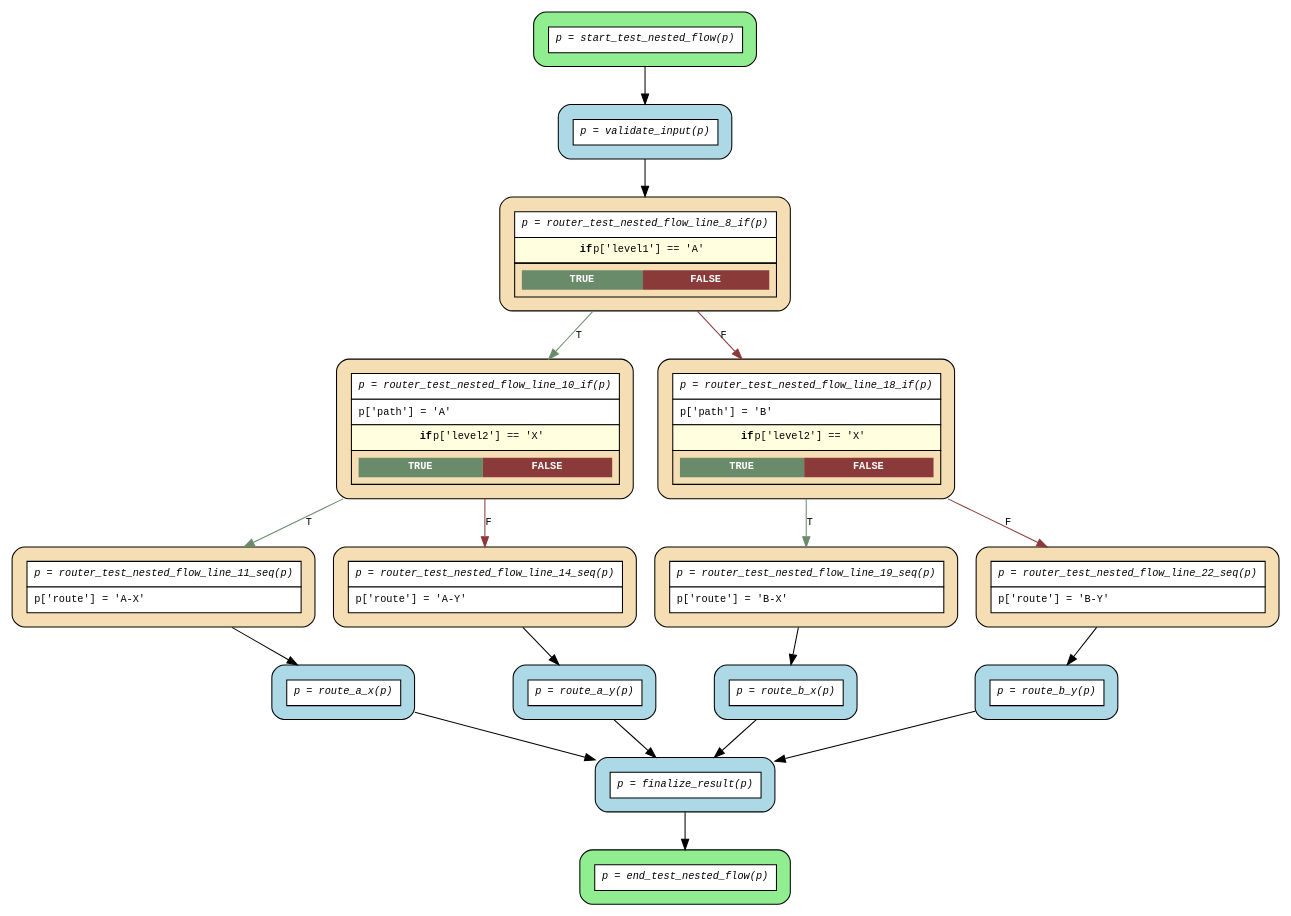
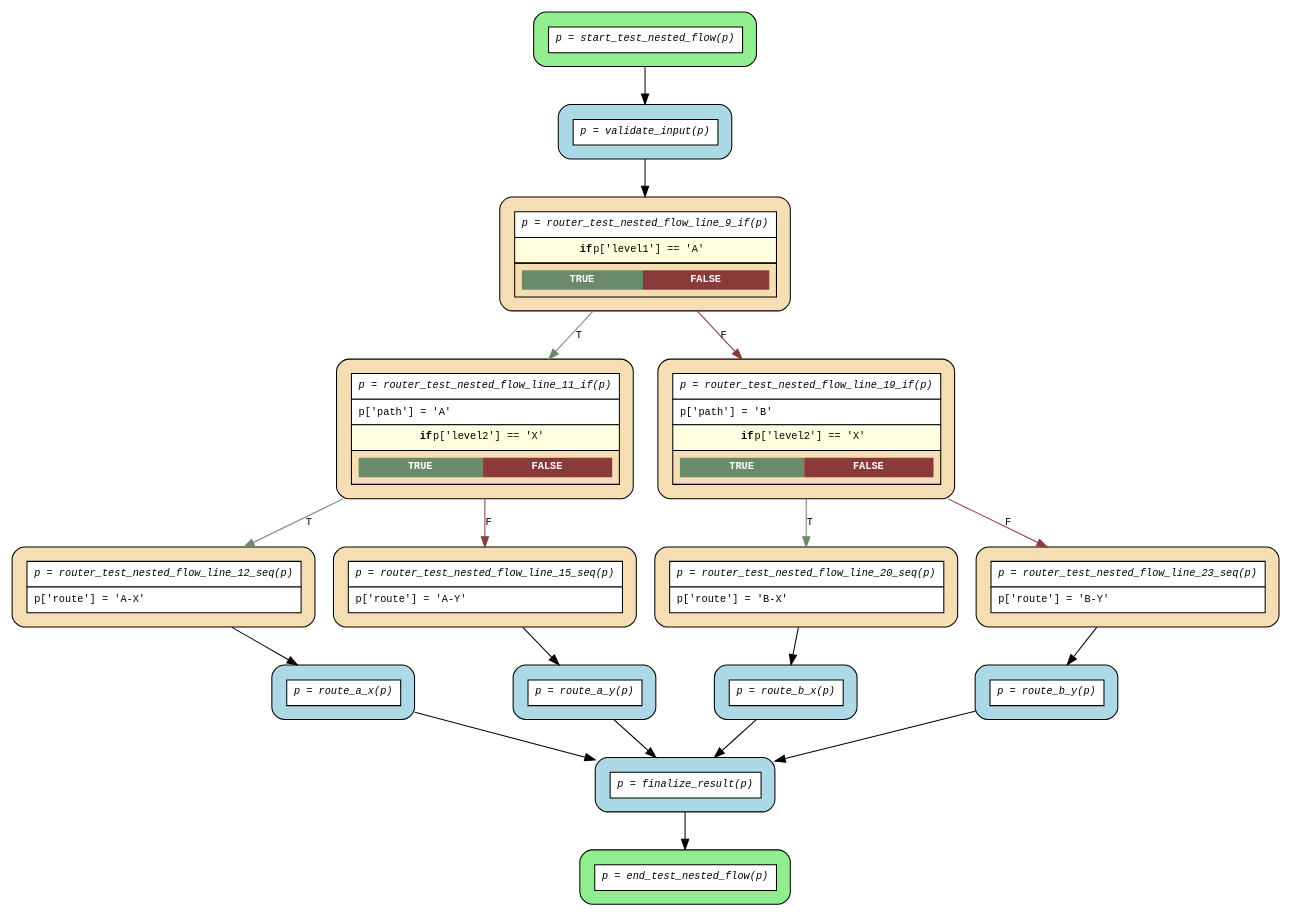
One commit to deliveryhero/asya changed the diagram in src/asya-testing/asya_testing/flows/nested_if/compiled/flow.dot. Above: the diagram before and after it, drawn with Graphviz. The commit also changed 3 other files, not shown here.

Commit message:
fix(e2e): regenerate flow diagrams (dot + svg) after no-op decorator +1 line shift

```diff
--- a/src/asya-testing/asya_testing/flows/nested_if/compiled/flow.dot
+++ b/src/asya-testing/asya_testing/flows/nested_if/compiled/flow.dot
@@ -1,40 +1,40 @@
 digraph flow {
   rankdir=TB;
   graph [fontname="Courier", fontsize=10];
   node [fontname="Courier", fontsize=10, shape=box, style="filled,rounded", margin="0.2"];
   edge [fontname="Courier", fontsize=10];
 
   start_test_nested_flow [fillcolor="lightgreen", group="main", label=<<table border="0" cellspacing="0" cellpadding="6" cellborder="1"><tr><td bgcolor="white" align="center"><i>p = start_test_nested_flow(p)</i></td></tr></table>>];
-  router_test_nested_flow_line_11_seq [fillcolor="wheat", group="main", label=<<table border="0" cellspacing="0" cellpadding="6" cellborder="1"><tr><td bgcolor="white" align="center"><i>p = router_test_nested_flow_line_11_seq(p)</i></td></tr><tr><td bgcolor="white" align="left">p['route'] = 'A-X'</td></tr></table>>];
-  router_test_nested_flow_line_14_seq [fillcolor="wheat", group="main", label=<<table border="0" cellspacing="0" cellpadding="6" cellborder="1"><tr><td bgcolor="white" align="center"><i>p = router_test_nested_flow_line_14_seq(p)</i></td></tr><tr><td bgcolor="white" align="left">p['route'] = 'A-Y'</td></tr></table>>];
-  router_test_nested_flow_line_10_if [fillcolor="wheat", group="main", label=<<table border="0" cellspacing="0" cellpadding="6" cellborder="1"><tr><td bgcolor="white" align="center"><i>p = router_test_nested_flow_line_10_if(p)</i></td></tr><tr><td bgcolor="white" align="left">p['path'] = 'A'</td></tr><tr><td bgcolor="lightyellow"><b>if</b> p['level2'] == 'X'</td></tr><tr><td><table border="0" cellspacing="0" cellpadding="4"><tr><td bgcolor="darkseagreen4"><font color="white"><b>TRUE</b></font></td><td bgcolor="indianred4"><font color="white"><b>FALSE</b></font></td></tr></table></td></tr></table>>];
-  router_test_nested_flow_line_19_seq [fillcolor="wheat", group="main", label=<<table border="0" cellspacing="0" cellpadding="6" cellborder="1"><tr><td bgcolor="white" align="center"><i>p = router_test_nested_flow_line_19_seq(p)</i></td></tr><tr><td bgcolor="white" align="left">p['route'] = 'B-X'</td></tr></table>>];
-  router_test_nested_flow_line_22_seq [fillcolor="wheat", group="main", label=<<table border="0" cellspacing="0" cellpadding="6" cellborder="1"><tr><td bgcolor="white" align="center"><i>p = router_test_nested_flow_line_22_seq(p)</i></td></tr><tr><td bgcolor="white" align="left">p['route'] = 'B-Y'</td></tr></table>>];
-  router_test_nested_flow_line_18_if [fillcolor="wheat", group="main", label=<<table border="0" cellspacing="0" cellpadding="6" cellborder="1"><tr><td bgcolor="white" align="center"><i>p = router_test_nested_flow_line_18_if(p)</i></td></tr><tr><td bgcolor="white" align="left">p['path'] = 'B'</td></tr><tr><td bgcolor="lightyellow"><b>if</b> p['level2'] == 'X'</td></tr><tr><td><table border="0" cellspacing="0" cellpadding="4"><tr><td bgcolor="darkseagreen4"><font color="white"><b>TRUE</b></font></td><td bgcolor="indianred4"><font color="white"><b>FALSE</b></font></td></tr></table></td></tr></table>>];
-  router_test_nested_flow_line_8_if [fillcolor="wheat", group="main", label=<<table border="0" cellspacing="0" cellpadding="6" cellborder="1"><tr><td bgcolor="white" align="center"><i>p = router_test_nested_flow_line_8_if(p)</i></td></tr><tr><td bgcolor="lightyellow"><b>if</b> p['level1'] == 'A'</td></tr><tr><td><table border="0" cellspacing="0" cellpadding="4"><tr><td bgcolor="darkseagreen4"><font color="white"><b>TRUE</b></font></td><td bgcolor="indianred4"><font color="white"><b>FALSE</b></font></td></tr></table></td></tr></table>>];
+  router_test_nested_flow_line_12_seq [fillcolor="wheat", group="main", label=<<table border="0" cellspacing="0" cellpadding="6" cellborder="1"><tr><td bgcolor="white" align="center"><i>p = router_test_nested_flow_line_12_seq(p)</i></td></tr><tr><td bgcolor="white" align="left">p['route'] = 'A-X'</td></tr></table>>];
+  router_test_nested_flow_line_15_seq [fillcolor="wheat", group="main", label=<<table border="0" cellspacing="0" cellpadding="6" cellborder="1"><tr><td bgcolor="white" align="center"><i>p = router_test_nested_flow_line_15_seq(p)</i></td></tr><tr><td bgcolor="white" align="left">p['route'] = 'A-Y'</td></tr></table>>];
+  router_test_nested_flow_line_11_if [fillcolor="wheat", group="main", label=<<table border="0" cellspacing="0" cellpadding="6" cellborder="1"><tr><td bgcolor="white" align="center"><i>p = router_test_nested_flow_line_11_if(p)</i></td></tr><tr><td bgcolor="white" align="left">p['path'] = 'A'</td></tr><tr><td bgcolor="lightyellow"><b>if</b> p['level2'] == 'X'</td></tr><tr><td><table border="0" cellspacing="0" cellpadding="4"><tr><td bgcolor="darkseagreen4"><font color="white"><b>TRUE</b></font></td><td bgcolor="indianred4"><font color="white"><b>FALSE</b></font></td></tr></table></td></tr></table>>];
+  router_test_nested_flow_line_20_seq [fillcolor="wheat", group="main", label=<<table border="0" cellspacing="0" cellpadding="6" cellborder="1"><tr><td bgcolor="white" align="center"><i>p = router_test_nested_flow_line_20_seq(p)</i></td></tr><tr><td bgcolor="white" align="left">p['route'] = 'B-X'</td></tr></table>>];
+  router_test_nested_flow_line_23_seq [fillcolor="wheat", group="main", label=<<table border="0" cellspacing="0" cellpadding="6" cellborder="1"><tr><td bgcolor="white" align="center"><i>p = router_test_nested_flow_line_23_seq(p)</i></td></tr><tr><td bgcolor="white" align="left">p['route'] = 'B-Y'</td></tr></table>>];
+  router_test_nested_flow_line_19_if [fillcolor="wheat", group="main", label=<<table border="0" cellspacing="0" cellpadding="6" cellborder="1"><tr><td bgcolor="white" align="center"><i>p = router_test_nested_flow_line_19_if(p)</i></td></tr><tr><td bgcolor="white" align="left">p['path'] = 'B'</td></tr><tr><td bgcolor="lightyellow"><b>if</b> p['level2'] == 'X'</td></tr><tr><td><table border="0" cellspacing="0" cellpadding="4"><tr><td bgcolor="darkseagreen4"><font color="white"><b>TRUE</b></font></td><td bgcolor="indianred4"><font color="white"><b>FALSE</b></font></td></tr></table></td></tr></table>>];
+  router_test_nested_flow_line_9_if [fillcolor="wheat", group="main", label=<<table border="0" cellspacing="0" cellpadding="6" cellborder="1"><tr><td bgcolor="white" align="center"><i>p = router_test_nested_flow_line_9_if(p)</i></td></tr><tr><td bgcolor="lightyellow"><b>if</b> p['level1'] == 'A'</td></tr><tr><td><table border="0" cellspacing="0" cellpadding="4"><tr><td bgcolor="darkseagreen4"><font color="white"><b>TRUE</b></font></td><td bgcolor="indianred4"><font color="white"><b>FALSE</b></font></td></tr></table></td></tr></table>>];
   end_test_nested_flow [fillcolor="lightgreen", group="main", label=<<table border="0" cellspacing="0" cellpadding="6" cellborder="1"><tr><td bgcolor="white" align="center"><i>p = end_test_nested_flow(p)</i></td></tr></table>>];
   finalize_result [fillcolor="lightblue", label=<<table border="0" cellspacing="0" cellpadding="6" cellborder="1"><tr><td bgcolor="white" align="center"><i>p = finalize_result(p)</i></td></tr></table>>];
   route_a_x [fillcolor="lightblue", label=<<table border="0" cellspacing="0" cellpadding="6" cellborder="1"><tr><td bgcolor="white" align="center"><i>p = route_a_x(p)</i></td></tr></table>>];
   route_a_y [fillcolor="lightblue", label=<<table border="0" cellspacing="0" cellpadding="6" cellborder="1"><tr><td bgcolor="white" align="center"><i>p = route_a_y(p)</i></td></tr></table>>];
   route_b_x [fillcolor="lightblue", label=<<table border="0" cellspacing="0" cellpadding="6" cellborder="1"><tr><td bgcolor="white" align="center"><i>p = route_b_x(p)</i></td></tr></table>>];
   route_b_y [fillcolor="lightblue", label=<<table border="0" cellspacing="0" cellpadding="6" cellborder="1"><tr><td bgcolor="white" align="center"><i>p = route_b_y(p)</i></td></tr></table>>];
   validate_input [fillcolor="lightblue", label=<<table border="0" cellspacing="0" cellpadding="6" cellborder="1"><tr><td bgcolor="white" align="center"><i>p = validate_input(p)</i></td></tr></table>>];
 
   finalize_result -> end_test_nested_flow;
   route_a_x -> finalize_result;
   route_a_y -> finalize_result;
   route_b_x -> finalize_result;
   route_b_y -> finalize_result;
-  router_test_nested_flow_line_10_if -> router_test_nested_flow_line_11_seq [label="T", color=darkseagreen4];
-  router_test_nested_flow_line_10_if -> router_test_nested_flow_line_14_seq [label="F", color=indianred4];
-  router_test_nested_flow_line_11_seq -> route_a_x;
-  router_test_nested_flow_line_14_seq -> route_a_y;
-  router_test_nested_flow_line_18_if -> router_test_nested_flow_line_19_seq [label="T", color=darkseagreen4];
-  router_test_nested_flow_line_18_if -> router_test_nested_flow_line_22_seq [label="F", color=indianred4];
-  router_test_nested_flow_line_19_seq -> route_b_x;
-  router_test_nested_flow_line_22_seq -> route_b_y;
-  router_test_nested_flow_line_8_if -> router_test_nested_flow_line_10_if [label="T", color=darkseagreen4];
-  router_test_nested_flow_line_8_if -> router_test_nested_flow_line_18_if [label="F", color=indianred4];
+  router_test_nested_flow_line_11_if -> router_test_nested_flow_line_12_seq [label="T", color=darkseagreen4];
+  router_test_nested_flow_line_11_if -> router_test_nested_flow_line_15_seq [label="F", color=indianred4];
+  router_test_nested_flow_line_12_seq -> route_a_x;
+  router_test_nested_flow_line_15_seq -> route_a_y;
+  router_test_nested_flow_line_19_if -> router_test_nested_flow_line_20_seq [label="T", color=darkseagreen4];
+  router_test_nested_flow_line_19_if -> router_test_nested_flow_line_23_seq [label="F", color=indianred4];
+  router_test_nested_flow_line_20_seq -> route_b_x;
+  router_test_nested_flow_line_23_seq -> route_b_y;
+  router_test_nested_flow_line_9_if -> router_test_nested_flow_line_11_if [label="T", color=darkseagreen4];
+  router_test_nested_flow_line_9_if -> router_test_nested_flow_line_19_if [label="F", color=indianred4];
   start_test_nested_flow -> validate_input;
-  validate_input -> router_test_nested_flow_line_8_if;
+  validate_input -> router_test_nested_flow_line_9_if;
 }
```
